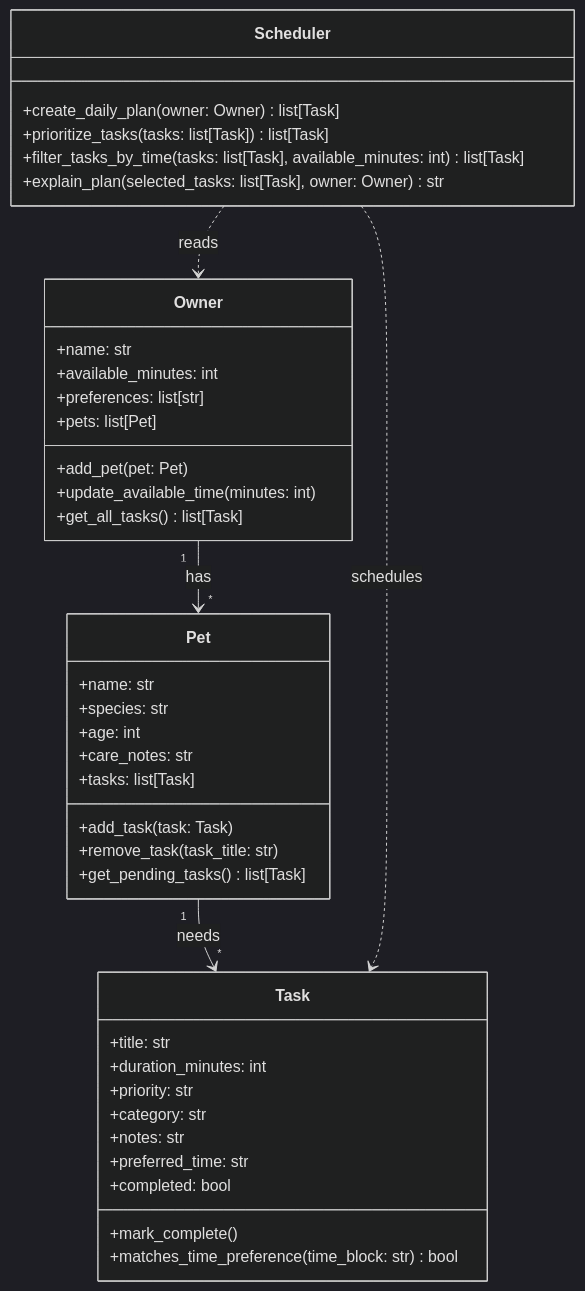
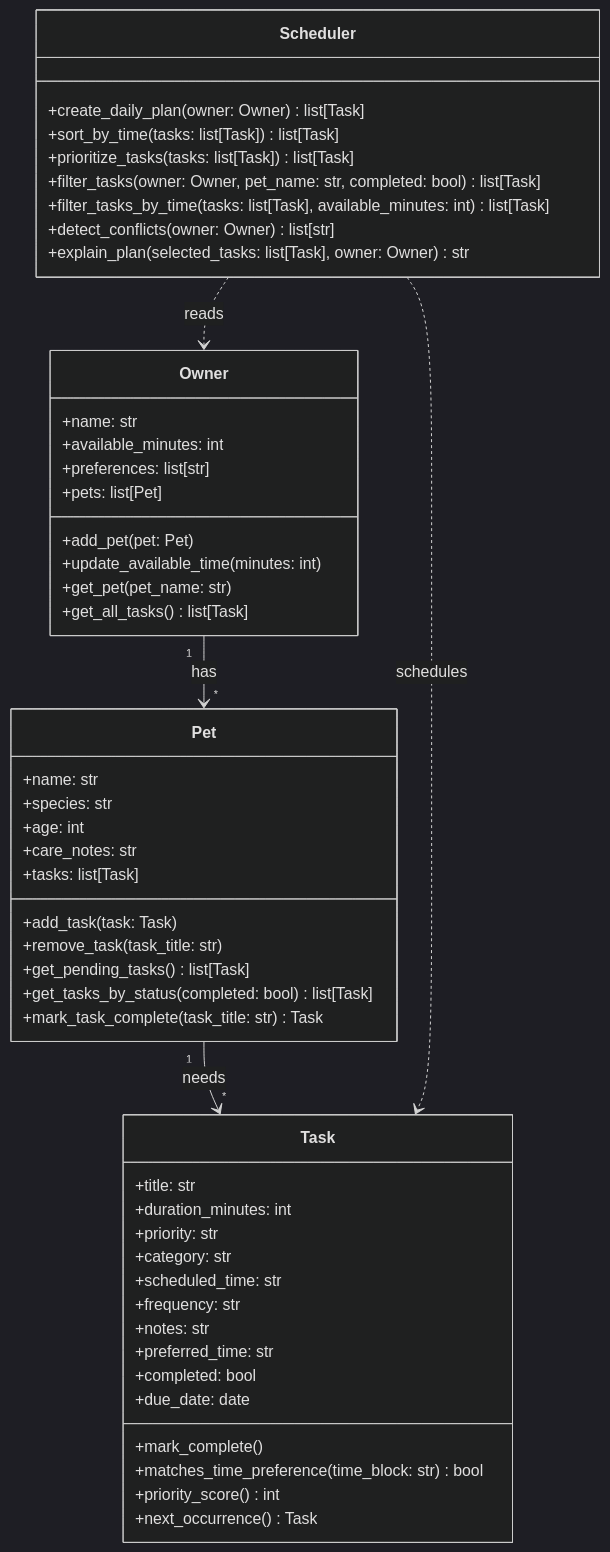
Before and after one commit to itsjustgiio/ai110-module2show-pawpal-starter: the diagram in reflection.md, drawn with Mermaid (dark theme). The commit also changed other lines of this file and 4 other files, not shown here.

Commit message:
docs: polish UI, UML, and project reflection

````diff
--- a/reflection.md
+++ b/reflection.md
@@ -20,47 +20,58 @@
 ```mermaid
 classDiagram
     class Owner {
         +name: str
         +available_minutes: int
         +preferences: list[str]
         +pets: list[Pet]
         +add_pet(pet: Pet)
         +update_available_time(minutes: int)
+        +get_pet(pet_name: str)
         +get_all_tasks() list[Task]
     }
 
     class Pet {
         +name: str
         +species: str
         +age: int
         +care_notes: str
         +tasks: list[Task]
         +add_task(task: Task)
         +remove_task(task_title: str)
         +get_pending_tasks() list[Task]
+        +get_tasks_by_status(completed: bool) list[Task]
+        +mark_task_complete(task_title: str) Task
     }
 
     class Task {
         +title: str
         +duration_minutes: int
         +priority: str
         +category: str
+        +scheduled_time: str
+        +frequency: str
         +notes: str
         +preferred_time: str
         +completed: bool
+        +due_date: date
         +mark_complete()
         +matches_time_preference(time_block: str) bool
+        +priority_score() int
+        +next_occurrence() Task
     }
 
     class Scheduler {
         +create_daily_plan(owner: Owner) list[Task]
+        +sort_by_time(tasks: list[Task]) list[Task]
         +prioritize_tasks(tasks: list[Task]) list[Task]
+        +filter_tasks(owner: Owner, pet_name: str, completed: bool) list[Task]
         +filter_tasks_by_time(tasks: list[Task], available_minutes: int) list[Task]
+        +detect_conflicts(owner: Owner) list[str]
         +explain_plan(selected_tasks: list[Task], owner: Owner) str
     }
 
     Owner "1" --> "*" Pet : has
     Pet "1" --> "*" Task : needs
     Scheduler ..> Owner : reads
     Scheduler ..> Task : schedules
 ```
````
